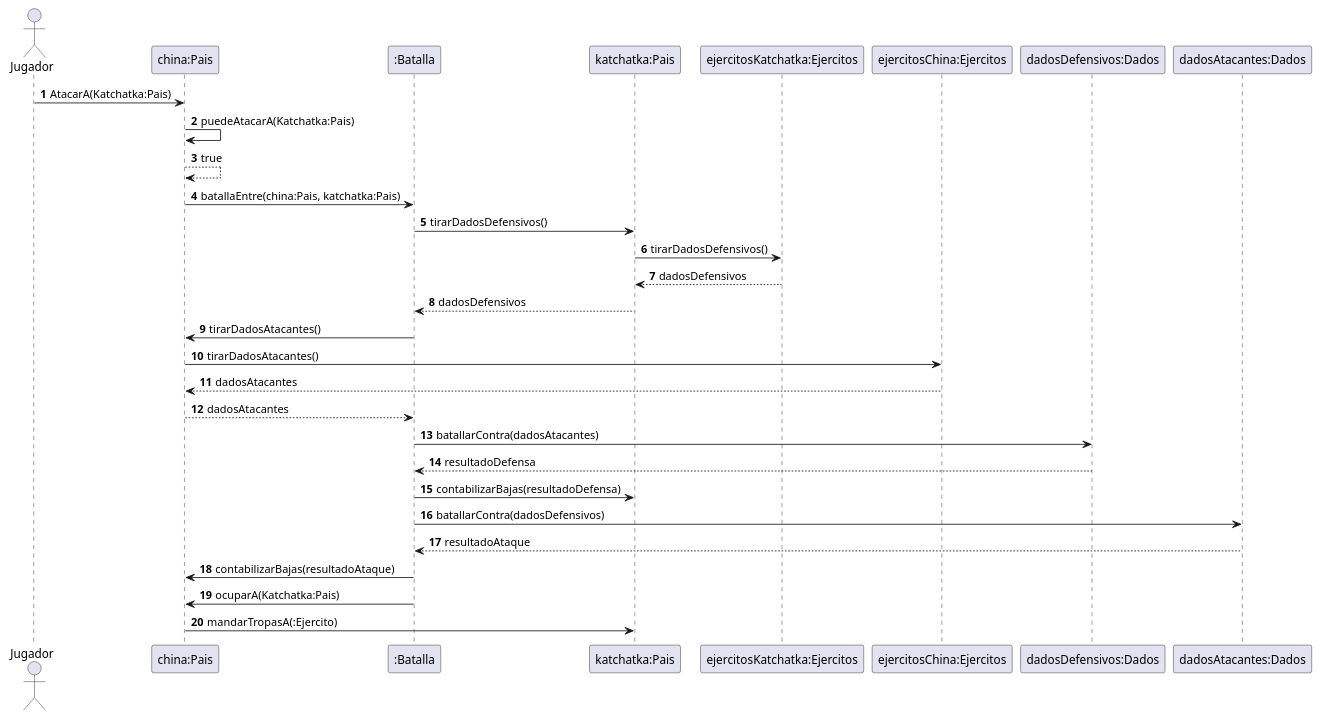
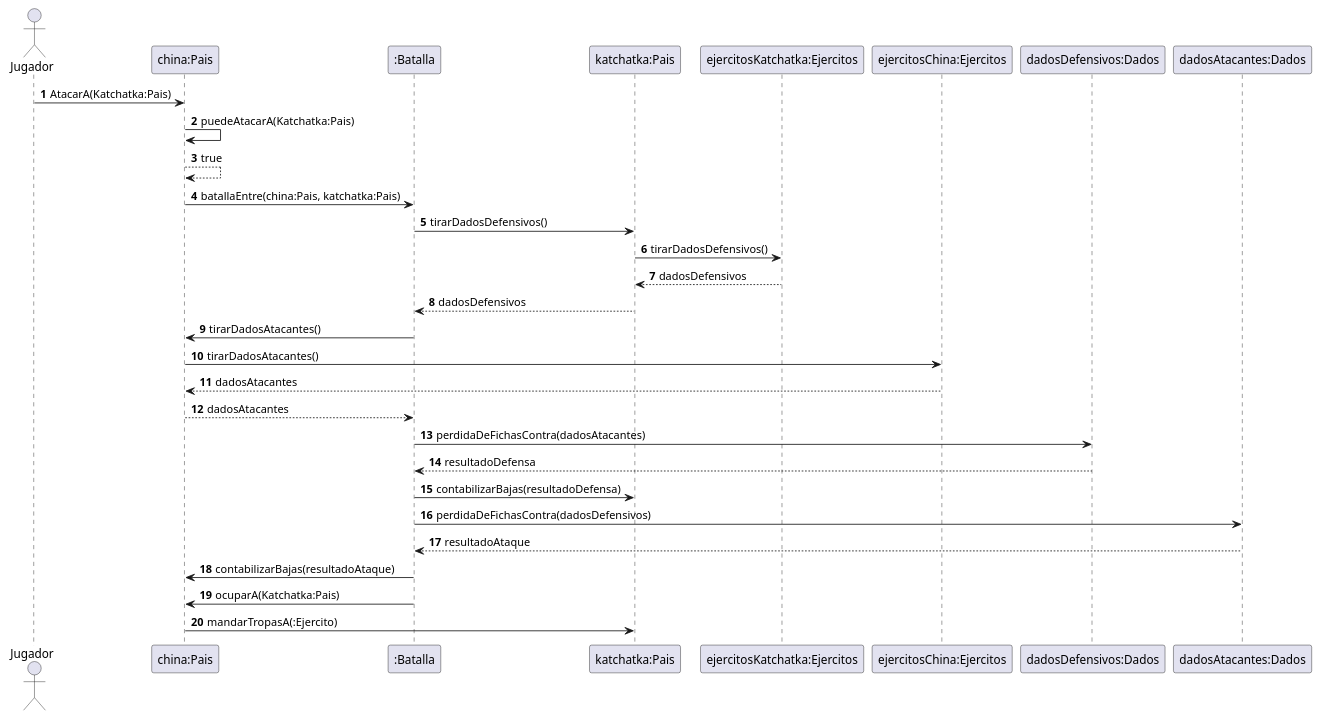
The diagram in AtaqueAOtroPais.puml (julia-valdo/Algoritmos-3.TP2), drawn with PlantUML before and after one commit. The commit also changed 1 other file, not shown here.

Commit message:
Posibilidad de ampliado de diagrama de secuencia, posibilidad de cambios en diagrama de clases

```diff
--- a/AtaqueAOtroPais.puml
+++ b/AtaqueAOtroPais.puml
@@ -1,40 +1,40 @@
 @startuml
 'https://plantuml.com/sequence-diagram
 
 autonumber
 'Gana Jugador 1'
 Actor Jugador
 
 Jugador -> "china:Pais": AtacarA(Katchatka:Pais)
 
 "china:Pais"-> "china:Pais": puedeAtacarA(Katchatka:Pais)
 return true
 
 "china:Pais" -> ":Batalla":batallaEntre(china:Pais, katchatka:Pais)
 
 ":Batalla" -> "katchatka:Pais": tirarDadosDefensivos()
     "katchatka:Pais" -> "ejercitosKatchatka:Ejercitos": tirarDadosDefensivos()
     return dadosDefensivos
 "katchatka:Pais" --> ":Batalla": dadosDefensivos
 
 ":Batalla" -> "china:Pais": tirarDadosAtacantes()
     "china:Pais" -> "ejercitosChina:Ejercitos": tirarDadosAtacantes()
     return dadosAtacantes
 "china:Pais" --> ":Batalla": dadosAtacantes
 
-":Batalla" -> "dadosDefensivos:Dados": batallarContra(dadosAtacantes)
+":Batalla" -> "dadosDefensivos:Dados": perdidaDeFichasContra(dadosAtacantes)
 return resultadoDefensa
 
 ":Batalla" -> "katchatka:Pais": contabilizarBajas(resultadoDefensa)
 
-":Batalla" -> "dadosAtacantes:Dados": batallarContra(dadosDefensivos)
+":Batalla" -> "dadosAtacantes:Dados": perdidaDeFichasContra(dadosDefensivos)
 return resultadoAtaque
 
 ":Batalla" -> "china:Pais": contabilizarBajas(resultadoAtaque)
 
 ":Batalla" -> "china:Pais": ocuparA(Katchatka:Pais)
 
 "china:Pais" -> "katchatka:Pais": mandarTropasA(:Ejercito)
 
 
 @enduml
```
